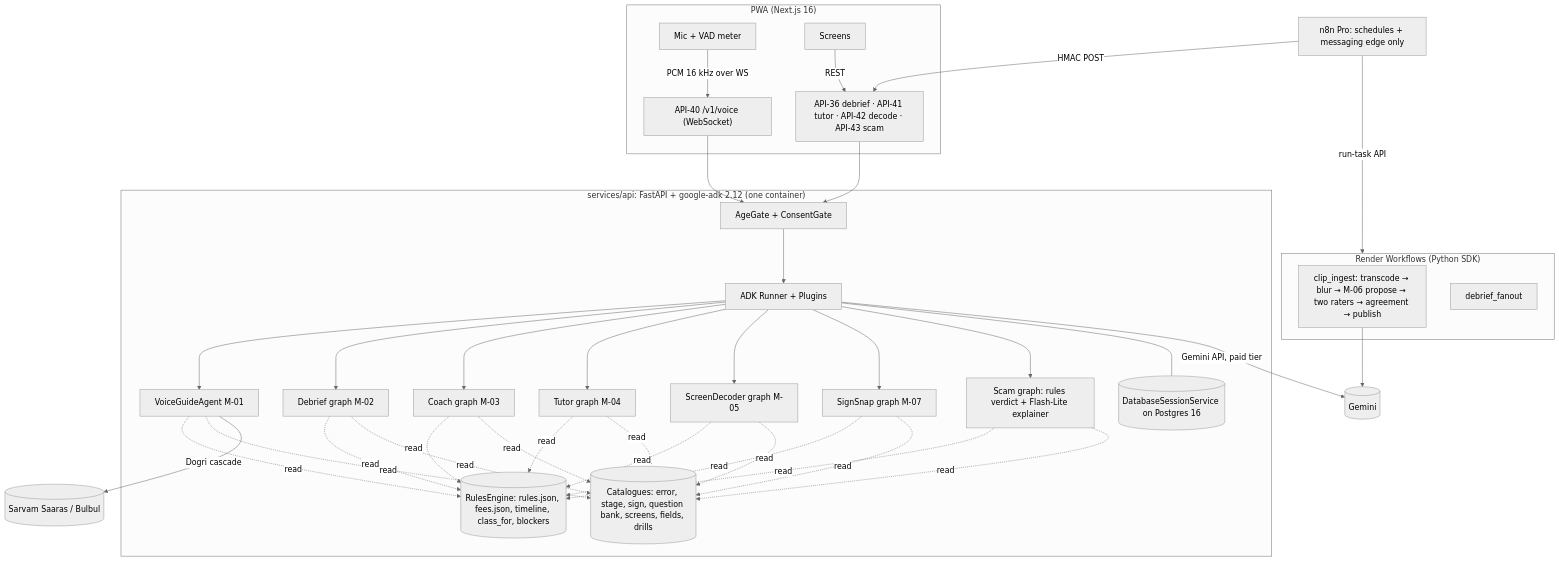
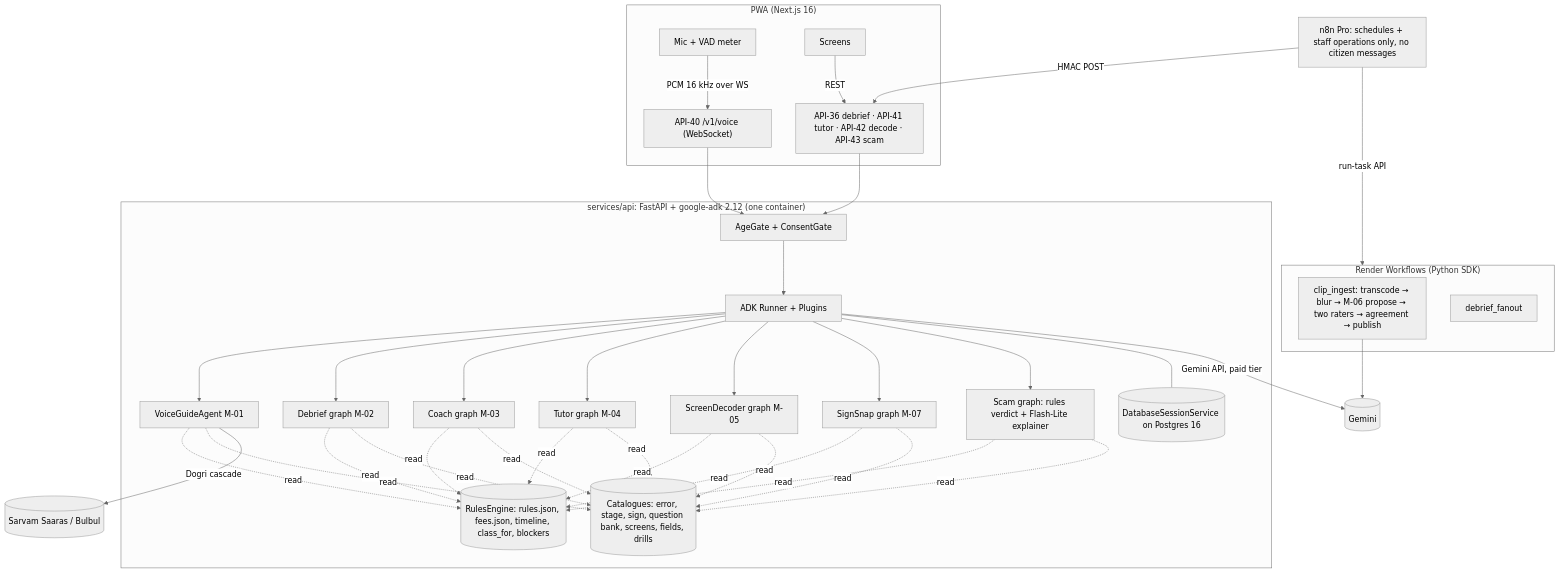
One commit to sruj08/margadarshak changed the first of 4 diagrams in docs/04-ai/AGENTS.md. Above: the diagram before and after it, drawn with Mermaid (neutral theme). The commit also changed other lines of this file and 60 other files, not shown here.

````diff
--- a/docs/04-ai/AGENTS.md
+++ b/docs/04-ai/AGENTS.md
@@ -33,37 +33,37 @@
 ```mermaid
 flowchart TB
   subgraph Client["PWA (Next.js 16)"]
     MIC[Mic + VAD meter] -->|PCM 16 kHz over WS| WS
     UI[Screens] -->|REST| REST
   end
   subgraph API["services/api: FastAPI + google-adk 2.12 (one container)"]
     WS["API-40 /v1/voice (WebSocket)"]
     REST["API-36 debrief · API-41 tutor · API-42 decode · API-43 scam"]
     AG[AgeGate + ConsentGate]
     WS --> AG
     REST --> AG
     AG --> RUN[ADK Runner + Plugins]
     RUN --> VG[VoiceGuideAgent M-01]
     RUN --> DG[Debrief graph M-02]
     RUN --> CG[Coach graph M-03]
     RUN --> TG[Tutor graph M-04]
     RUN --> SD[ScreenDecoder graph M-05]
     RUN --> SS[SignSnap graph M-07]
     RUN --> SC[Scam graph: rules verdict + Flash-Lite explainer]
     RE[(RulesEngine: rules.json, fees.json, timeline, class_for, blockers)]
     CAT[(Catalogues: error, stage, sign, question bank, screens, fields, drills)]
     VG & DG & CG & TG & SD & SS & SC -.read.-> RE
     VG & DG & CG & TG & SD & SS & SC -.read.-> CAT
     SESS[(DatabaseSessionService on Postgres 16)]
     RUN --- SESS
   end
   subgraph Jobs["Render Workflows (Python SDK)"]
     CLIP[clip_ingest: transcode → blur → M-06 propose → two raters → agreement → publish]
     FAN[debrief_fanout]
   end
-  N8N[n8n Pro: schedules + messaging edge only] -->|HMAC POST| REST
+  N8N[n8n Pro: schedules + staff operations only, no citizen messages] -->|HMAC POST| REST
   N8N -->|run-task API| Jobs
   RUN -->|Gemini API, paid tier| GEM[(Gemini)]
   VG -->|Dogri cascade| SAR[(Sarvam Saaras / Bulbul)]
   CLIP --> GEM
 ```
````
